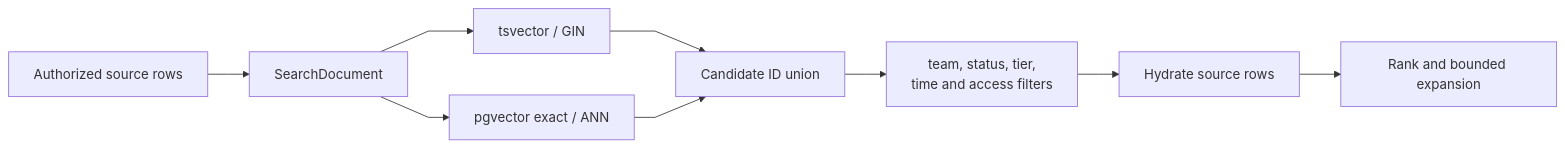
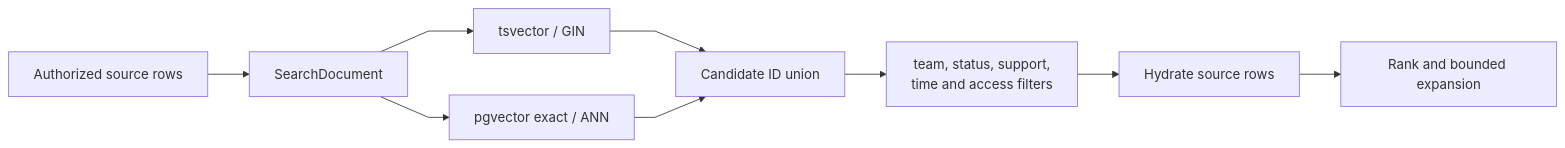
Before and after one commit to markhuangai/dense-mem: the sixth of 11 diagrams in Data-Model-And-Storage.md, drawn with Mermaid. The commit also changed other lines of this file and 27 other files, not shown here.

Commit message:
Document tier-free Relationship architecture

````diff
--- a/Data-Model-And-Storage.md
+++ b/Data-Model-And-Storage.md
@@ -223,12 +224,12 @@
 ```mermaid
 %%{init: {"flowchart": {"curve": "linear"}}}%%
 flowchart LR
   Source["Authorized source rows"] --> Document["SearchDocument"]
   Document --> FTS["tsvector / GIN"]
   Document --> Vector["pgvector exact / ANN"]
   FTS --> Union["Candidate ID union"]
   Vector --> Union
-  Union --> Filter["team, status, tier,<br/>time and access filters"]
+  Union --> Filter["team, status, support,<br/>time and access filters"]
   Filter --> Hydrate["Hydrate source rows"]
   Hydrate --> Rank["Rank and bounded expansion"]
 ```
````
